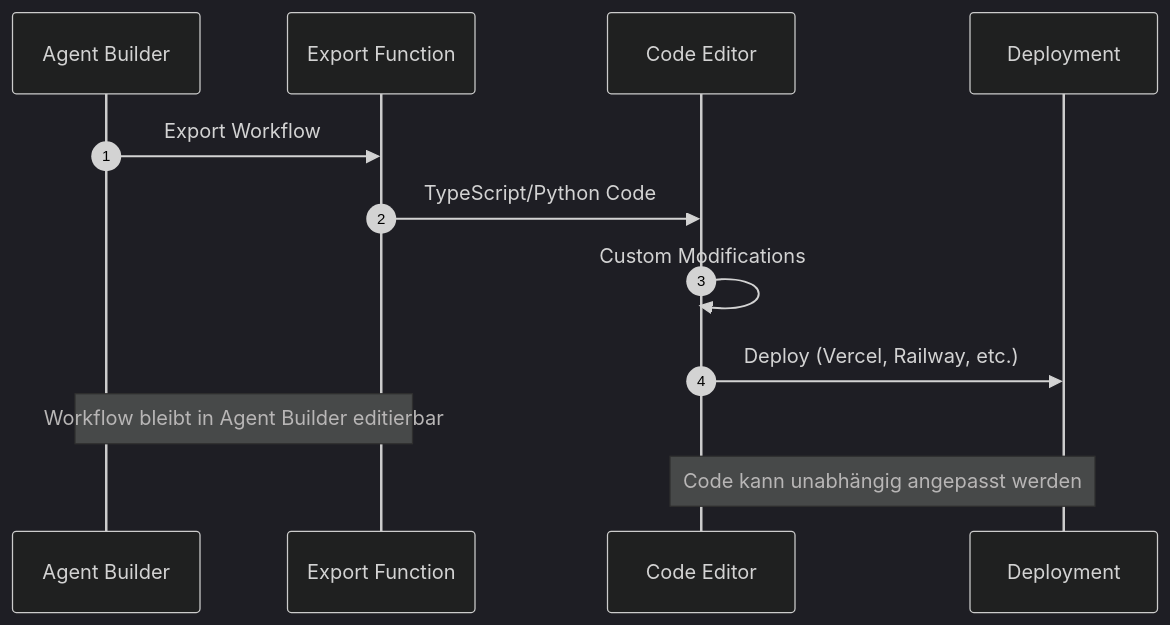
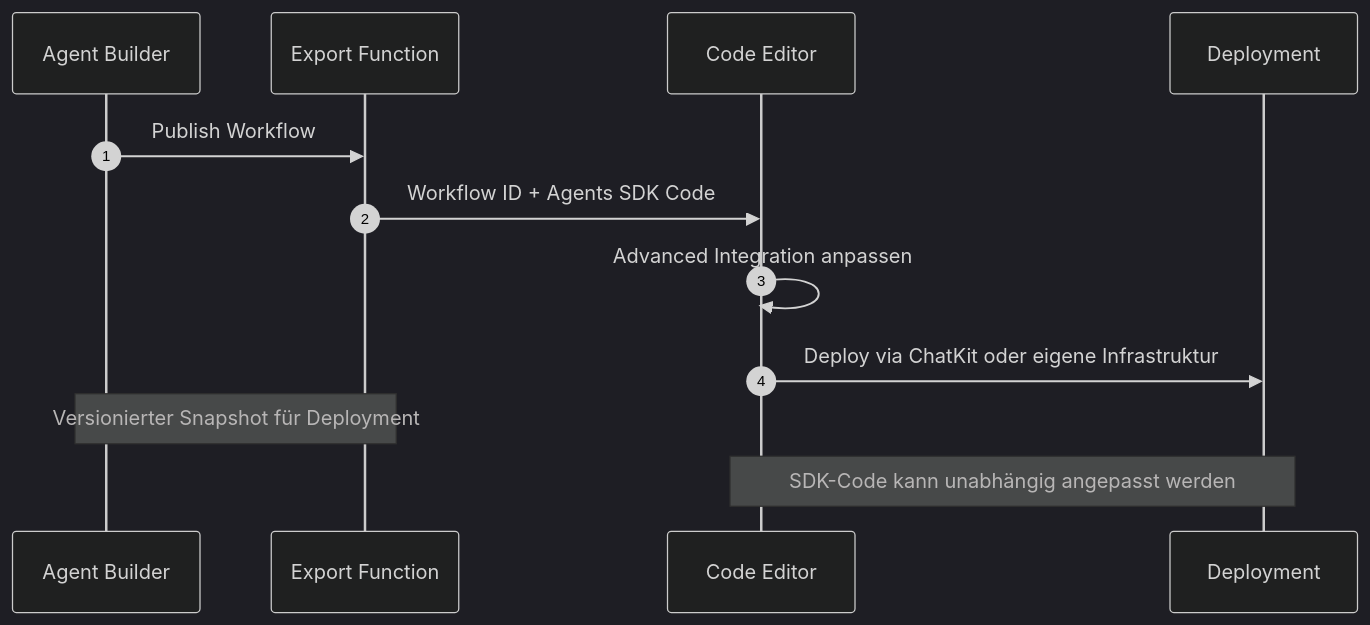
Diagram 13 of 22 in docs/frameworks/einsteiger/einsteiger-agent-builder.md (ralf-42/GenAI), drawn with Mermaid (dark theme) before and after one commit. The commit also changed other lines of this file and 3 other files, not shown here.

````diff
--- a/docs/frameworks/einsteiger/einsteiger-agent-builder.md
+++ b/docs/frameworks/einsteiger/einsteiger-agent-builder.md
@@ -554,16 +551,16 @@
 ```mermaid
 sequenceDiagram
     autonumber
     participant AB as Agent Builder
     participant EXP as Export Function
     participant CODE as Code Editor
     participant DEP as Deployment
 
-    AB->>EXP: Export Workflow
-    EXP->>CODE: TypeScript/Python Code
-    CODE->>CODE: Custom Modifications
-    CODE->>DEP: Deploy (Vercel, Railway, etc.)
+    AB->>EXP: Publish Workflow
+    EXP->>CODE: Workflow ID + Agents SDK Code
+    CODE->>CODE: Advanced Integration anpassen
+    CODE->>DEP: Deploy via ChatKit oder eigene Infrastruktur
 
-    Note over AB,EXP: Workflow bleibt in Agent Builder editierbar
-    Note over CODE,DEP: Code kann unabhängig angepasst werden
+    Note over AB,EXP: Versionierter Snapshot für Deployment
+    Note over CODE,DEP: SDK-Code kann unabhängig angepasst werden
 ```
````
